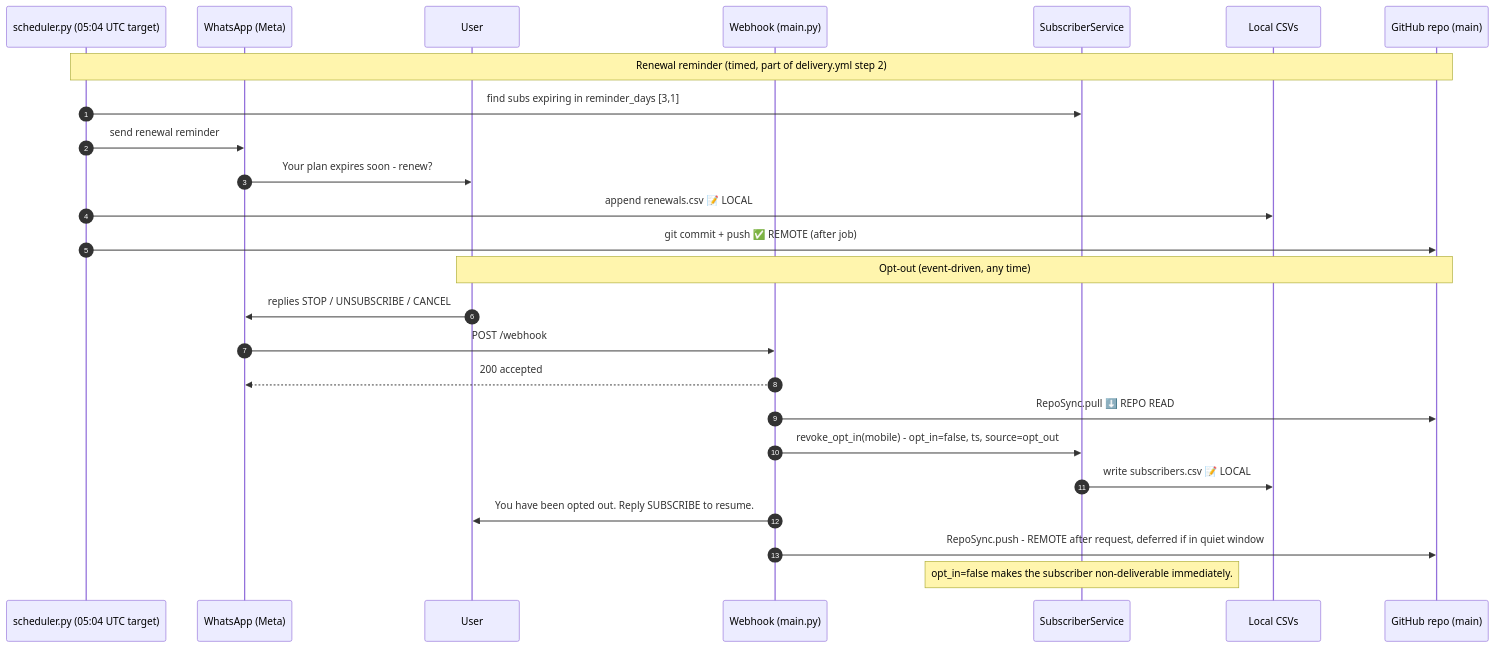
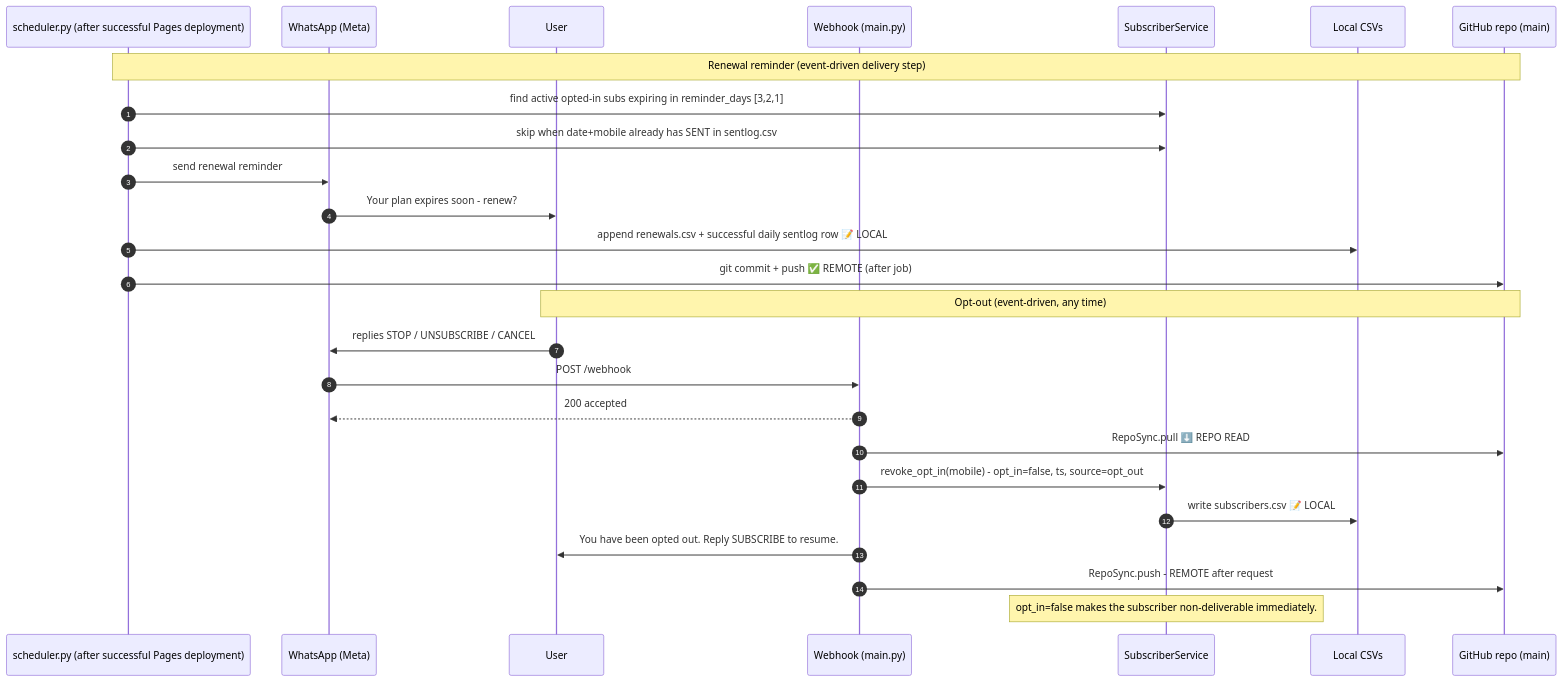
The sixth of 6 diagrams in sequence-diagrams.md (mishnit/daily-darshan), drawn with Mermaid before and after one commit. The commit also changed other lines of this file and 9 other files, not shown here.

Commit message:
Publish daily pages before WhatsApp delivery

````diff
--- a/sequence-diagrams.md
+++ b/sequence-diagrams.md
@@ -269,29 +271,30 @@
 ```mermaid
 sequenceDiagram
     autonumber
-    participant Sched as scheduler.py (05:04 UTC target)
+    participant Sched as scheduler.py (after successful Pages deployment)
     participant WA as WhatsApp (Meta)
     participant User
     participant Web as Webhook (main.py)
     participant Sub as SubscriberService
     participant Local as Local CSVs
     participant Repo as GitHub repo (main)
 
-    Note over Sched,Repo: Renewal reminder (timed, part of delivery.yml step 2)
-    Sched->>Sub: find subs expiring in reminder_days [3,1]
+    Note over Sched,Repo: Renewal reminder (event-driven delivery step)
+    Sched->>Sub: find active opted-in subs expiring in reminder_days [3,2,1]
+    Sched->>Sub: skip when date+mobile already has SENT in sentlog.csv
     Sched->>WA: send renewal reminder
     WA->>User: Your plan expires soon - renew?
-    Sched->>Local: append renewals.csv  📝 LOCAL
+    Sched->>Local: append renewals.csv + successful daily sentlog row  📝 LOCAL
     Sched->>Repo: git commit + push  ✅ REMOTE (after job)
 
     Note over User,Repo: Opt-out (event-driven, any time)
     User->>WA: replies STOP / UNSUBSCRIBE / CANCEL
     WA->>Web: POST /webhook
     Web-->>WA: 200 accepted
     Web->>Repo: RepoSync.pull  ⬇️ REPO READ
     Web->>Sub: revoke_opt_in(mobile) - opt_in=false, ts, source=opt_out
     Sub->>Local: write subscribers.csv  📝 LOCAL
     Web->>User: You have been opted out. Reply SUBSCRIBE to resume.
-    Web->>Repo: RepoSync.push - REMOTE after request, deferred if in quiet window
+    Web->>Repo: RepoSync.push - REMOTE after request
     Note over Sub: opt_in=false makes the subscriber non-deliverable immediately.
 ```
````
